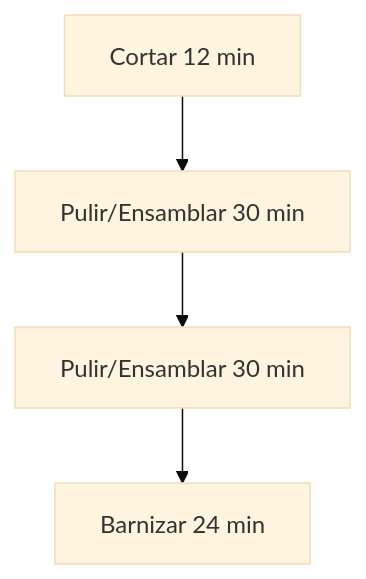
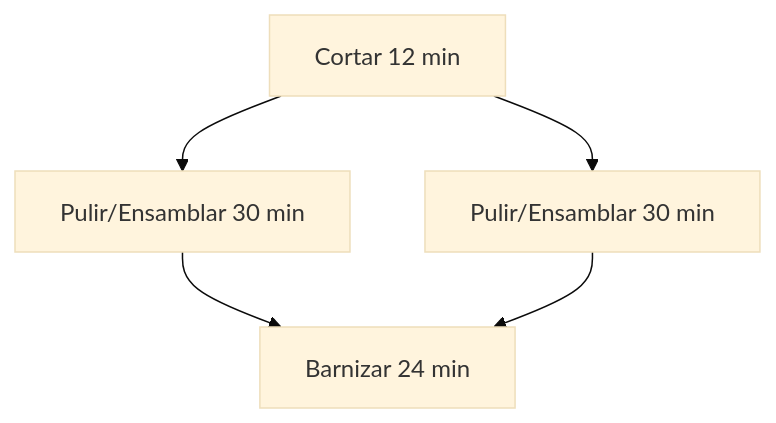
The second of 7 diagrams in public/content/clases/2-resumen-procesos-2025.03.13.md (FCamaggi/xr-wiki), drawn with Mermaid (base theme) before and after one commit. The commit also changed other lines of this file and 8 other files, not shown here.

````diff
--- a/public/content/clases/2-resumen-procesos-2025.03.13.md
+++ b/public/content/clases/2-resumen-procesos-2025.03.13.md
@@ -44,6 +44,7 @@
 ```mermaid
 flowchart TD
     A[Cortar  12 min] --> B[Pulir/Ensamblar  30 min]
-    B --> C[Pulir/Ensamblar  30 min]
+    A[Cortar  12 min] --> C[Pulir/Ensamblar  30 min]
+    B --> D[Barnizar  24 min]
     C --> D[Barnizar  24 min]
 ```
````
